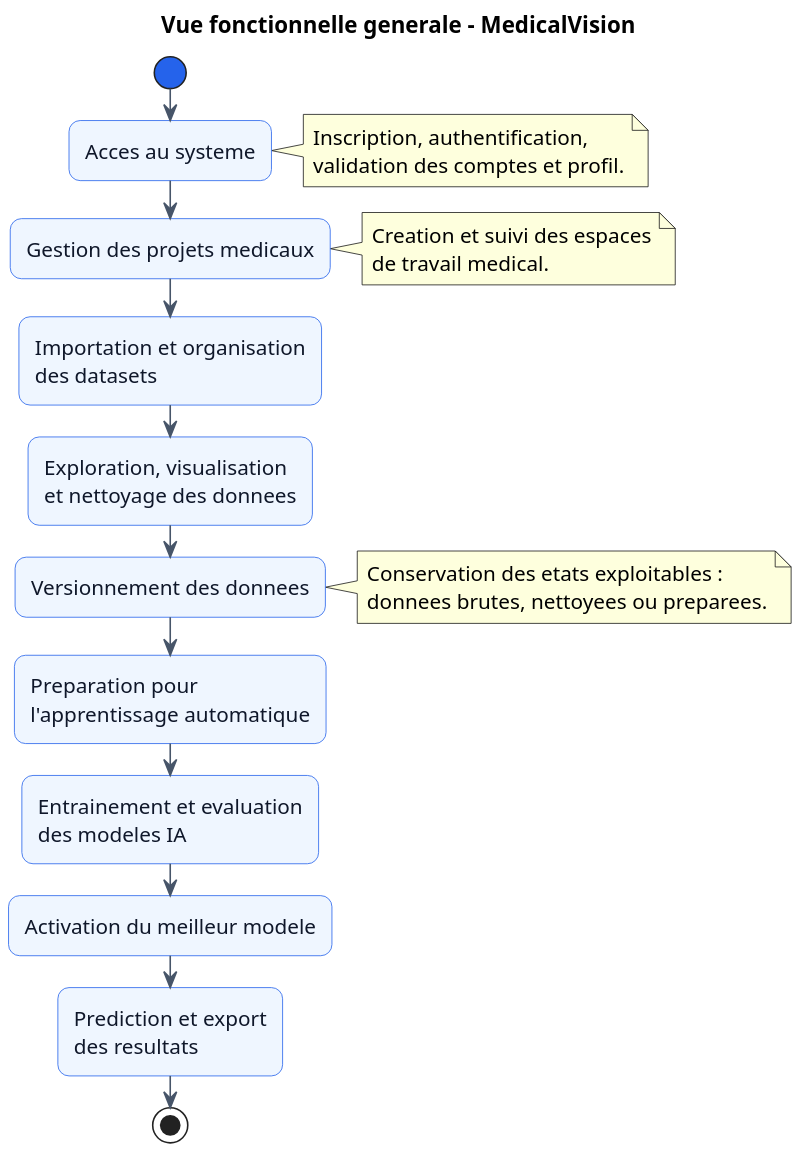
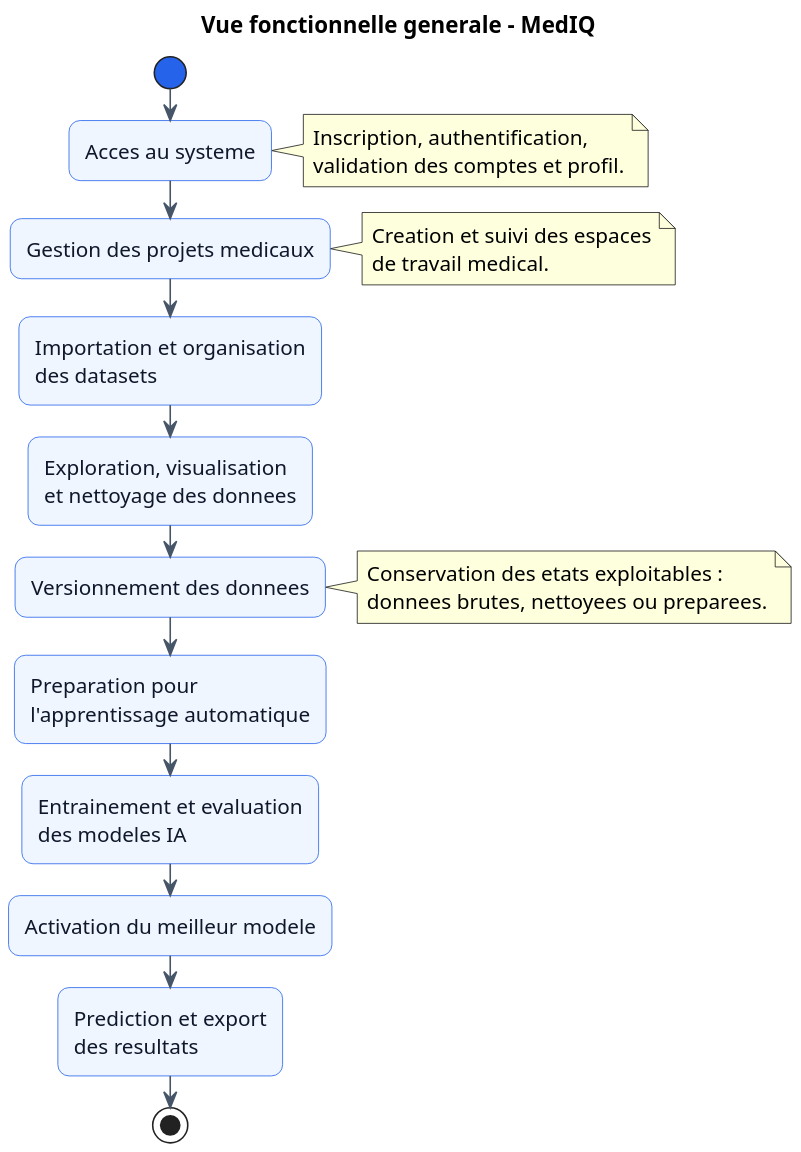
Before and after one commit to omriibtihel/pfe_frontend: the diagram in docs/diagrams/functional-overview-medicalvision.puml, drawn with PlantUML. The commit also changed 18 other files, not shown here.

Commit message:
from MedicalVision to MedIQ

```diff
--- a/docs/diagrams/functional-overview-medicalvision.puml
+++ b/docs/diagrams/functional-overview-medicalvision.puml
@@ -1,53 +1,53 @@
 @startuml
-title Vue fonctionnelle generale - MedicalVision
+title Vue fonctionnelle generale - MedIQ
 
 skinparam dpi 180
 skinparam shadowing false
 skinparam backgroundColor #FFFFFF
 skinparam defaultFontName Arial
 skinparam defaultFontSize 13
 skinparam roundCorner 14
 skinparam ArrowColor #475569
 
 skinparam activity {
   BackgroundColor #EFF6FF
   BorderColor #2563EB
   FontColor #0F172A
   StartColor #2563EB
   EndColor #2563EB
 }
 
 start
 
 :Acces au systeme;
 note right
   Inscription, authentification,
   validation des comptes et profil.
 end note
 
 :Gestion des projets medicaux;
 note right
   Creation et suivi des espaces
   de travail medical.
 end note
 
 :Importation et organisation\ndes datasets;
 
 :Exploration, visualisation\net nettoyage des donnees;
 
 :Versionnement des donnees;
 note right
   Conservation des etats exploitables :
   donnees brutes, nettoyees ou preparees.
 end note
 
 :Preparation pour\nl'apprentissage automatique;
 
 :Entrainement et evaluation\ndes modeles IA;
 
 :Activation du meilleur modele;
 
 :Prediction et export\ndes resultats;
 
 stop
 @enduml
```
